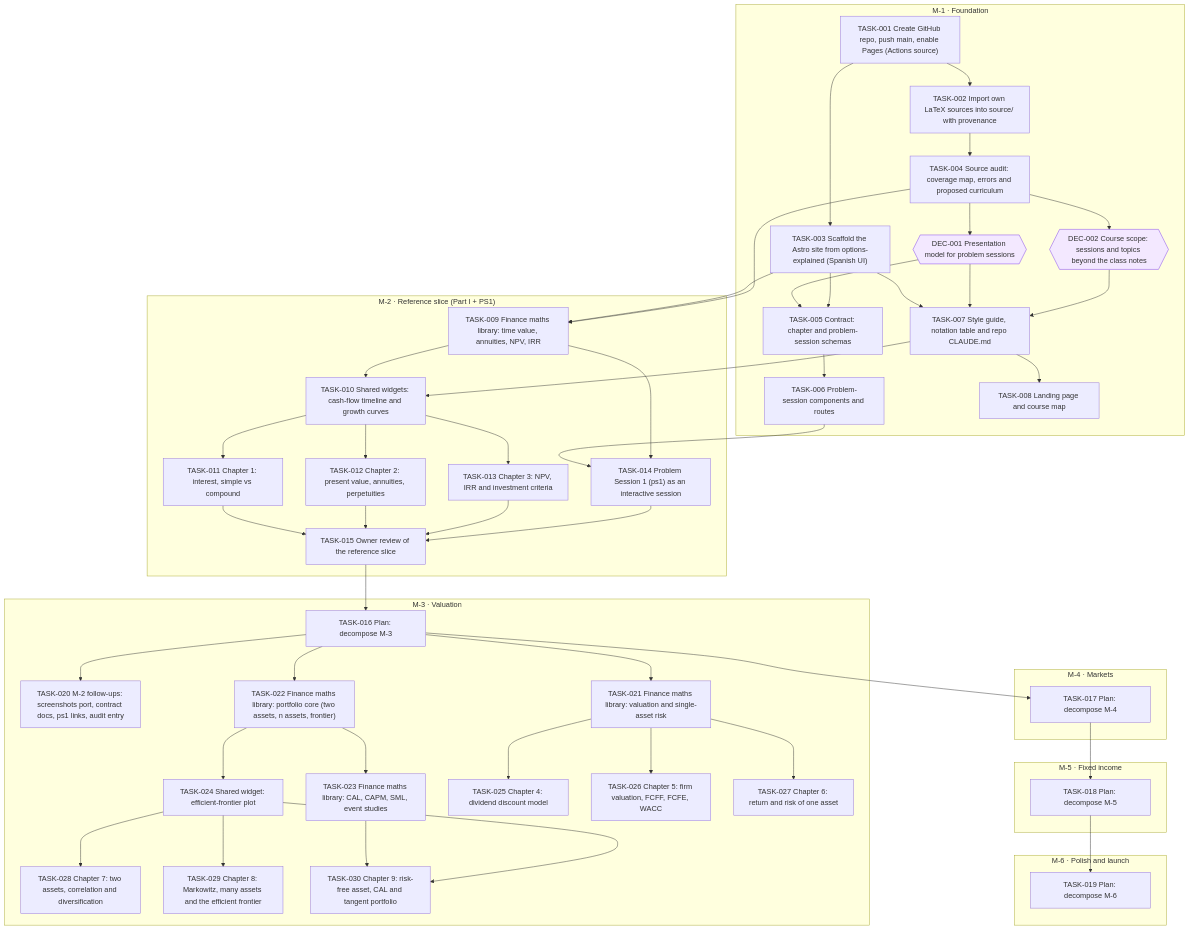
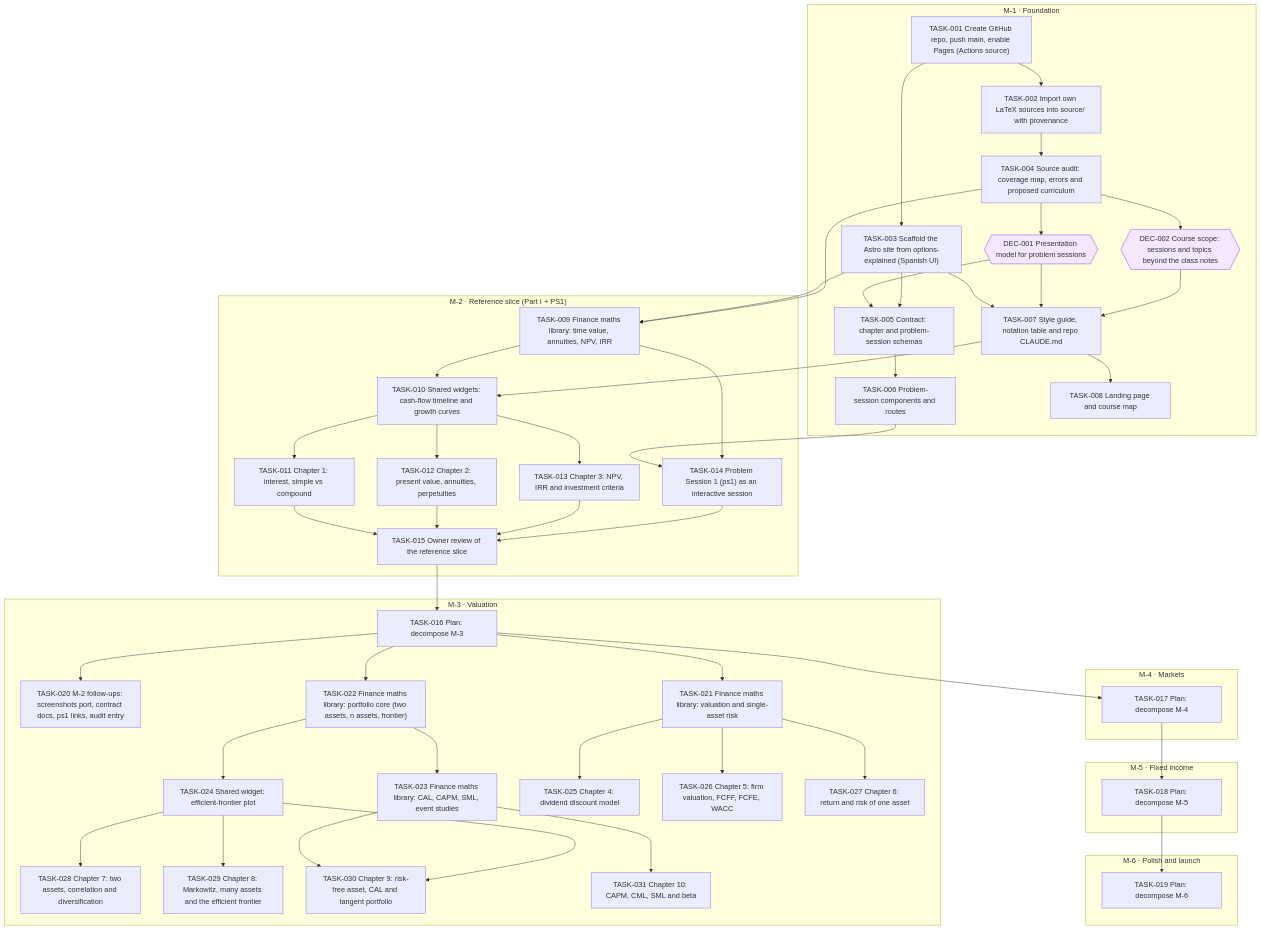
The diagram in goals/course-site/README.md (jesusvillota/economia-financiera), drawn with Mermaid before and after one commit. The commit also changed 1 other file, not shown here.

Commit message:
goal(course-site): add TASK-031 Chapter 10: CAPM, CML, SML and beta

```diff
--- a/goals/course-site/README.md
+++ b/goals/course-site/README.md
@@ -68,6 +68,7 @@
     TASK_028["TASK-028 Chapter 7: two assets, correlation and diversification"]
     TASK_029["TASK-029 Chapter 8: Markowitz, many assets and the efficient frontier"]
     TASK_030["TASK-030 Chapter 9: risk-free asset, CAL and tangent portfolio"]
+    TASK_031["TASK-031 Chapter 10: CAPM, CML, SML and beta"]
   end
   subgraph M_4["M-4 · Markets"]
     TASK_017["TASK-017 Plan: decompose M-4"]
@@ -119,6 +120,7 @@
   TASK_024 --> TASK_029
   TASK_023 --> TASK_030
   TASK_024 --> TASK_030
+  TASK_023 --> TASK_031
   classDef draft stroke-dasharray: 4 3
   classDef cancelled opacity:0.45
   classDef decision fill:#f3e8ff,stroke:#7c3aed
```
